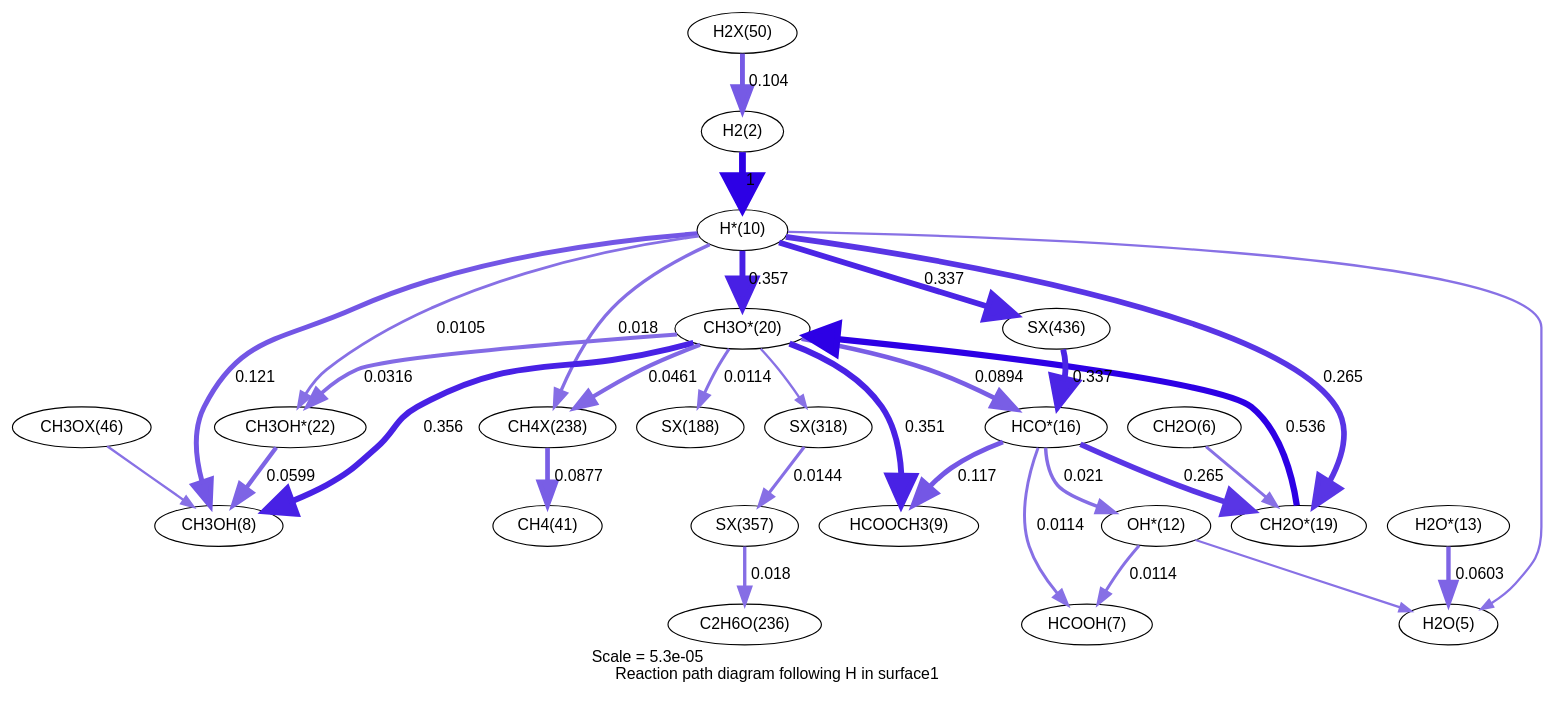
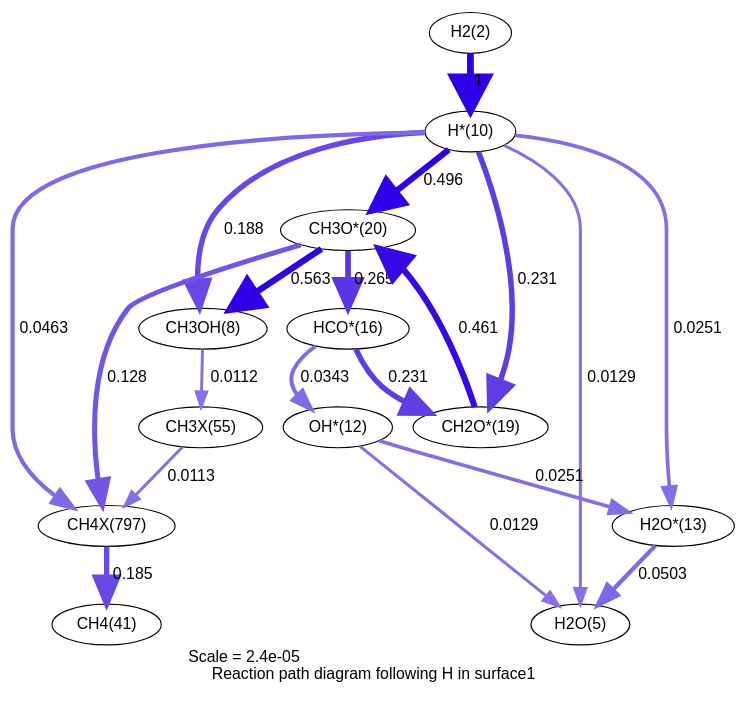
One commit to comocheng/meOH-analysis changed the diagram in cantera_simulations/RMG_wDeut/reaction_path_H_surface1.dot. Above: the diagram before and after it, drawn with Graphviz. The commit also changed 257 other files, not shown here.

```diff
--- a/cantera_simulations/RMG_wDeut/reaction_path_H_surface1.dot
+++ b/cantera_simulations/RMG_wDeut/reaction_path_H_surface1.dot
@@ -1,89 +1,55 @@
 digraph reaction_paths {
 center=1;
-s2 -> s29[fontname="Helvetica", penwidth=6, arrowsize=3, color="0.7, 1.5, 0.9"
+s2 -> s22[fontname="Helvetica", penwidth=6, arrowsize=3, color="0.7, 1.5, 0.9"
 , label=" 1"];
-s44 -> s2[fontname="Helvetica", penwidth=4.29, arrowsize=2.15, color="0.7, 0.604, 0.9"
-, label=" 0.104"];
-s29 -> s39[fontname="Helvetica", penwidth=5.22, arrowsize=2.61, color="0.7, 0.857, 0.9"
-, label=" 0.357"];
-s29 -> s5[fontname="Helvetica", penwidth=2.01, arrowsize=1, color="0.7, 0.505, 0.9"
-];
-s29 -> s38[fontname="Helvetica", penwidth=5, arrowsize=2.5, color="0.7, 0.765, 0.9"
+s22 -> s32[fontname="Helvetica", penwidth=5.47, arrowsize=2.74, color="0.7, 0.996, 0.9"
+, label=" 0.496"];
+s22 -> s5[fontname="Helvetica", penwidth=2.72, arrowsize=1.36, color="0.7, 0.513, 0.9"
+, label=" 0.0129"];
+s22 -> s25[fontname="Helvetica", penwidth=3.22, arrowsize=1.61, color="0.7, 0.525, 0.9"
+, label=" 0.0251"];
+s22 -> s31[fontname="Helvetica", penwidth=4.89, arrowsize=2.45, color="0.7, 0.731, 0.9"
+, label=" 0.231"];
+s22 -> s8[fontname="Helvetica", penwidth=4.74, arrowsize=2.37, color="0.7, 0.688, 0.9"
+, label=" 0.188"];
+s22 -> s58[fontname="Helvetica", penwidth=3.68, arrowsize=1.84, color="0.7, 0.546, 0.9"
+, label=" 0.0463"];
+s28 -> s24[fontname="Helvetica", penwidth=3.45, arrowsize=1.73, color="0.7, 0.534, 0.9"
+, label=" 0.0343"];
+s24 -> s5[fontname="Helvetica", penwidth=2.72, arrowsize=1.36, color="0.7, 0.513, 0.9"
+, label=" 0.0129"];
+s24 -> s25[fontname="Helvetica", penwidth=3.22, arrowsize=1.61, color="0.7, 0.525, 0.9"
+, label=" 0.0251"];
+s32 -> s28[fontname="Helvetica", penwidth=5, arrowsize=2.5, color="0.7, 0.765, 0.9"
 , label=" 0.265"];
-s29 -> s8[fontname="Helvetica", penwidth=4.4, arrowsize=2.2, color="0.7, 0.621, 0.9"
-, label=" 0.121"];
-s29 -> s41[fontname="Helvetica", penwidth=2.56, arrowsize=1.28, color="0.7, 0.511, 0.9"
-, label=" 0.0105"];
-s29 -> s58[fontname="Helvetica", penwidth=2.97, arrowsize=1.48, color="0.7, 0.518, 0.9"
-, label=" 0.018"];
-s29 -> s68[fontname="Helvetica", penwidth=5.18, arrowsize=2.59, color="0.7, 0.837, 0.9"
-, label=" 0.337"];
-s35 -> s31[fontname="Helvetica", penwidth=3.08, arrowsize=1.54, color="0.7, 0.521, 0.9"
-, label=" 0.021"];
-s31 -> s7[fontname="Helvetica", penwidth=2.62, arrowsize=1.31, color="0.7, 0.511, 0.9"
-, label=" 0.0114"];
-s31 -> s5[fontname="Helvetica", penwidth=2.01, arrowsize=1, color="0.7, 0.505, 0.9"
-];
-s39 -> s35[fontname="Helvetica", penwidth=4.18, arrowsize=2.09, color="0.7, 0.589, 0.9"
-, label=" 0.0894"];
-s35 -> s7[fontname="Helvetica", penwidth=2.62, arrowsize=1.31, color="0.7, 0.511, 0.9"
-, label=" 0.0114"];
-s35 -> s38[fontname="Helvetica", penwidth=5, arrowsize=2.5, color="0.7, 0.765, 0.9"
-, label=" 0.265"];
-s35 -> s9[fontname="Helvetica", penwidth=4.38, arrowsize=2.19, color="0.7, 0.617, 0.9"
-, label=" 0.117"];
-s68 -> s35[fontname="Helvetica", penwidth=5.18, arrowsize=2.59, color="0.7, 0.837, 0.9"
-, label=" 0.337"];
-s6 -> s38[fontname="Helvetica", penwidth=2.49, arrowsize=1.24, color="0.7, 0.51, 0.9"
-];
-s38 -> s39[fontname="Helvetica", penwidth=5.53, arrowsize=2.76, color="0.7, 1.04, 0.9"
-, label=" 0.536"];
-s39 -> s8[fontname="Helvetica", penwidth=5.22, arrowsize=2.61, color="0.7, 0.856, 0.9"
-, label=" 0.356"];
-s39 -> s41[fontname="Helvetica", penwidth=3.39, arrowsize=1.7, color="0.7, 0.532, 0.9"
-, label=" 0.0316"];
-s39 -> s9[fontname="Helvetica", penwidth=5.21, arrowsize=2.61, color="0.7, 0.851, 0.9"
-, label=" 0.351"];
-s39 -> s58[fontname="Helvetica", penwidth=3.68, arrowsize=1.84, color="0.7, 0.546, 0.9"
-, label=" 0.0461"];
-s39 -> s53[fontname="Helvetica", penwidth=2.62, arrowsize=1.31, color="0.7, 0.511, 0.9"
-, label=" 0.0114"];
-s39 -> s61[fontname="Helvetica", penwidth=2.08, arrowsize=1.04, color="0.7, 0.506, 0.9"
-];
-s32 -> s5[fontname="Helvetica", penwidth=3.88, arrowsize=1.94, color="0.7, 0.56, 0.9"
-, label=" 0.0603"];
-s41 -> s8[fontname="Helvetica", penwidth=3.87, arrowsize=1.94, color="0.7, 0.56, 0.9"
-, label=" 0.0599"];
-s42 -> s8[fontname="Helvetica", penwidth=2.12, arrowsize=1.06, color="0.7, 0.506, 0.9"
-];
-s58 -> s10[fontname="Helvetica", penwidth=4.16, arrowsize=2.08, color="0.7, 0.588, 0.9"
-, label=" 0.0877"];
-s62 -> s18[fontname="Helvetica", penwidth=2.97, arrowsize=1.48, color="0.7, 0.518, 0.9"
-, label=" 0.018"];
-s61 -> s62[fontname="Helvetica", penwidth=2.8, arrowsize=1.4, color="0.7, 0.514, 0.9"
-, label=" 0.0144"];
+s28 -> s31[fontname="Helvetica", penwidth=4.89, arrowsize=2.45, color="0.7, 0.731, 0.9"
+, label=" 0.231"];
+s31 -> s32[fontname="Helvetica", penwidth=5.42, arrowsize=2.71, color="0.7, 0.961, 0.9"
+, label=" 0.461"];
+s32 -> s8[fontname="Helvetica", penwidth=5.57, arrowsize=2.78, color="0.7, 1.06, 0.9"
+, label=" 0.563"];
+s32 -> s58[fontname="Helvetica", penwidth=4.45, arrowsize=2.22, color="0.7, 0.628, 0.9"
+, label=" 0.128"];
+s25 -> s5[fontname="Helvetica", penwidth=3.74, arrowsize=1.87, color="0.7, 0.55, 0.9"
+, label=" 0.0503"];
+s8 -> s41[fontname="Helvetica", penwidth=2.61, arrowsize=1.31, color="0.7, 0.511, 0.9"
+, label=" 0.0112"];
+s41 -> s58[fontname="Helvetica", penwidth=2.61, arrowsize=1.31, color="0.7, 0.511, 0.9"
+, label=" 0.0113"];
+s58 -> s10[fontname="Helvetica", penwidth=4.73, arrowsize=2.36, color="0.7, 0.685, 0.9"
+, label=" 0.185"];
 s2 [ fontname="Helvetica", label="H2(2)"];
 s5 [ fontname="Helvetica", label="H2O(5)"];
-s6 [ fontname="Helvetica", label="CH2O(6)"];
-s7 [ fontname="Helvetica", label="HCOOH(7)"];
 s8 [ fontname="Helvetica", label="CH3OH(8)"];
-s9 [ fontname="Helvetica", label="HCOOCH3(9)"];
 s10 [ fontname="Helvetica", label="CH4(41)"];
-s18 [ fontname="Helvetica", label="C2H6O(236)"];
-s29 [ fontname="Helvetica", label="H*(10)"];
-s31 [ fontname="Helvetica", label="OH*(12)"];
-s32 [ fontname="Helvetica", label="H2O*(13)"];
-s35 [ fontname="Helvetica", label="HCO*(16)"];
-s38 [ fontname="Helvetica", label="CH2O*(19)"];
-s39 [ fontname="Helvetica", label="CH3O*(20)"];
-s41 [ fontname="Helvetica", label="CH3OH*(22)"];
-s42 [ fontname="Helvetica", label="CH3OX(46)"];
-s44 [ fontname="Helvetica", label="H2X(50)"];
-s53 [ fontname="Helvetica", label="SX(188)"];
-s58 [ fontname="Helvetica", label="CH4X(238)"];
-s61 [ fontname="Helvetica", label="SX(318)"];
-s62 [ fontname="Helvetica", label="SX(357)"];
-s68 [ fontname="Helvetica", label="SX(436)"];
- label = "Scale = 5.3e-05\l Reaction path diagram following H in surface1";
+s22 [ fontname="Helvetica", label="H*(10)"];
+s24 [ fontname="Helvetica", label="OH*(12)"];
+s25 [ fontname="Helvetica", label="H2O*(13)"];
+s28 [ fontname="Helvetica", label="HCO*(16)"];
+s31 [ fontname="Helvetica", label="CH2O*(19)"];
+s32 [ fontname="Helvetica", label="CH3O*(20)"];
+s41 [ fontname="Helvetica", label="CH3X(55)"];
+s58 [ fontname="Helvetica", label="CH4X(797)"];
+ label = "Scale = 2.4e-05\l Reaction path diagram following H in surface1";
  fontname = "Helvetica";
 }
```
